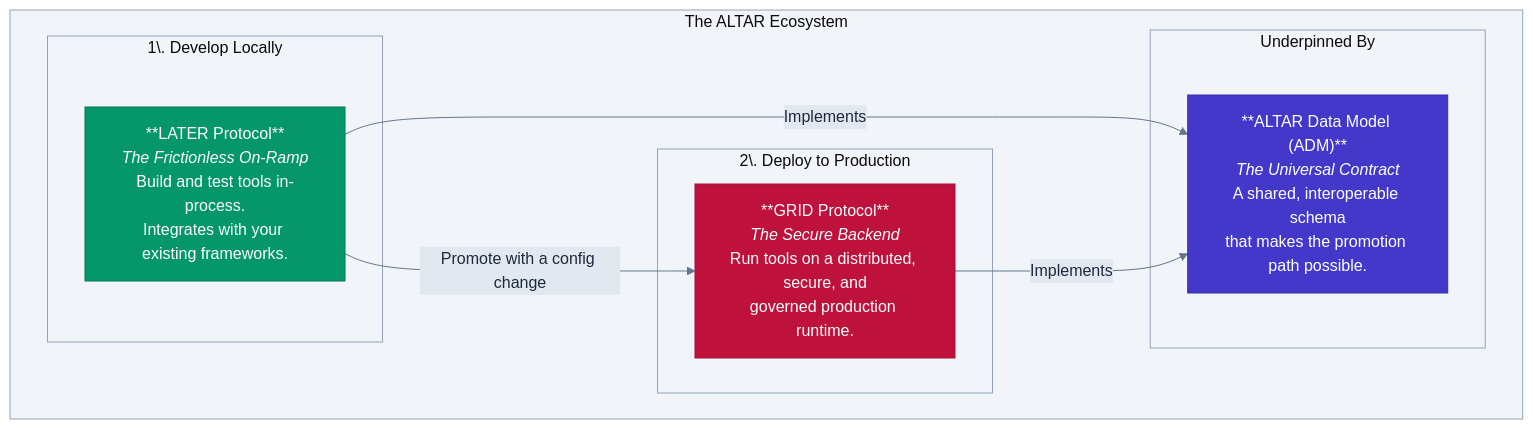
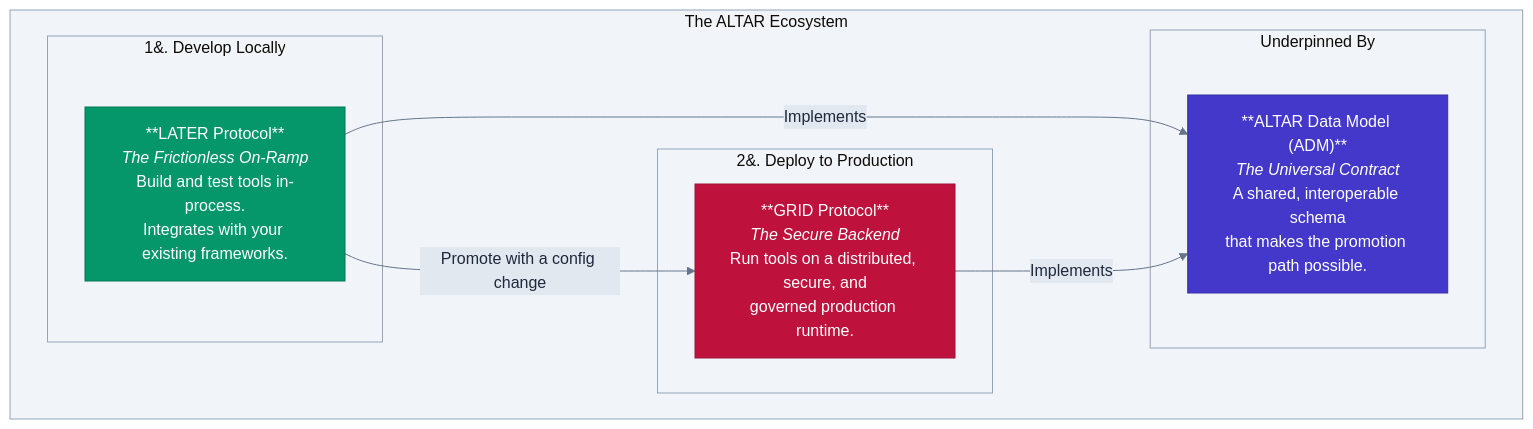
One commit to nshkrdotcom/ALTAR changed the diagram in README.md. Above: the diagram before and after it, drawn with Mermaid.

````diff
--- a/README.md
+++ b/README.md
@@ -41,41 +41,41 @@
 ```mermaid
 %%{
   init: {
     'theme': 'base',
     'themeVariables': {
       'background': '#ffffff',
       'primaryColor': '#f8fafc',
       'primaryTextColor': '#1e293b',
       'lineColor': '#64748b',
       'secondaryColor': '#e2e8f0',
       'tertiaryColor': '#f1f5f9',
       'primaryBorderColor': '#e2e8f0',
       'secondaryBorderColor': '#cbd5e1',
       'tertiaryBorderColor': '#94a3b8'
     }
   }
 }%%
 graph TD
     subgraph "The ALTAR Ecosystem"
         
-        subgraph "1\. Develop Locally"
+        subgraph "1&#46; Develop Locally"
             LATER["**LATER Protocol**<br/><i>The Frictionless On-Ramp</i><br/>Build and test tools in-process.<br/>Integrates with your existing frameworks."]
         end
         
-        subgraph "2\. Deploy to Production"
+        subgraph "2&#46; Deploy to Production"
             GRID["**GRID Protocol**<br/><i>The Secure Backend</i><br/>Run tools on a distributed, secure, and<br/>governed production runtime."]
         end
 
         subgraph "Underpinned By"
             ADM["**ALTAR Data Model (ADM)**<br/><i>The Universal Contract</i><br/>A shared, interoperable schema<br/>that makes the promotion path possible."]
         end
     end
     
     LATER -- "Promote with a config change" --> GRID
     LATER -- "Implements" --> ADM
     GRID -- "Implements" --> ADM
 
     style LATER fill:#059669,stroke:#047857,color:#ffffff,fontWeight:bold
     style GRID fill:#be123c,stroke:#9f1239,color:#ffffff,fontWeight:bold
     style ADM fill:#4338ca,stroke:#3730a3,color:#ffffff
 ```
````
